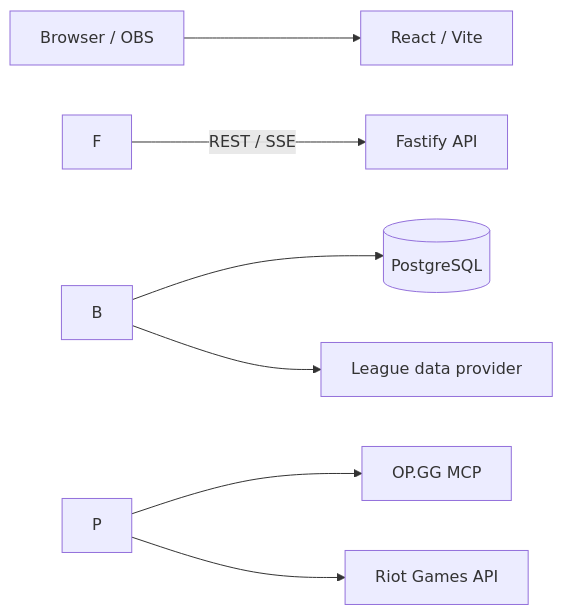
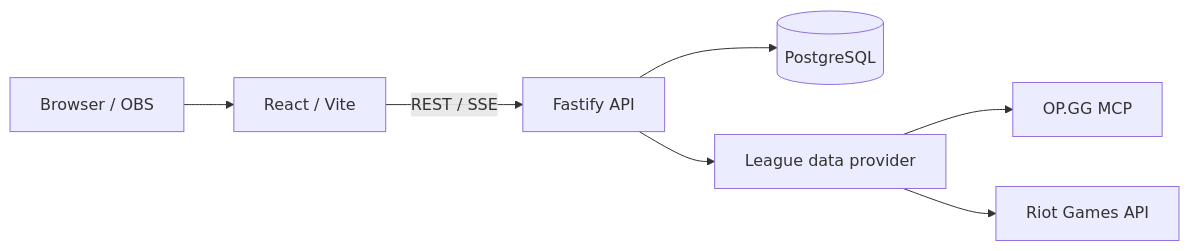
Before and after one commit to Sysadminfromhell/LP-Tracker: the diagram in README.md, drawn with Mermaid.

Commit message:
fixed typos

````diff
--- a/README.md
+++ b/README.md
@@ -40,9 +40,9 @@
 ```mermaid
 flowchart LR
-    U\[Browser / OBS] --> F\[React / Vite]
-    F -->|REST / SSE| B\[Fastify API]
-    B --> D\[(PostgreSQL)]
-    B --> P\[League data provider]
-    P --> O\[OP.GG MCP]
-    P --> R\[Riot Games API]
+    U[Browser / OBS] --> F[React / Vite]
+    F -->|REST / SSE| B[Fastify API]
+    B --> D[(PostgreSQL)]
+    B --> P[League data provider]
+    P --> O[OP.GG MCP]
+    P --> R[Riot Games API]
 ```
````
